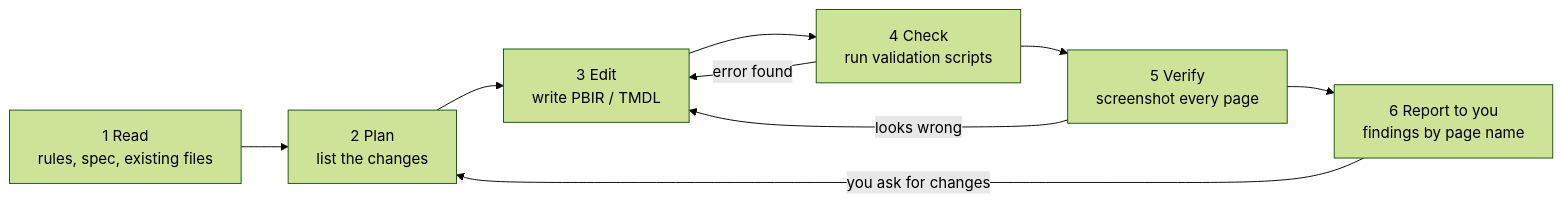
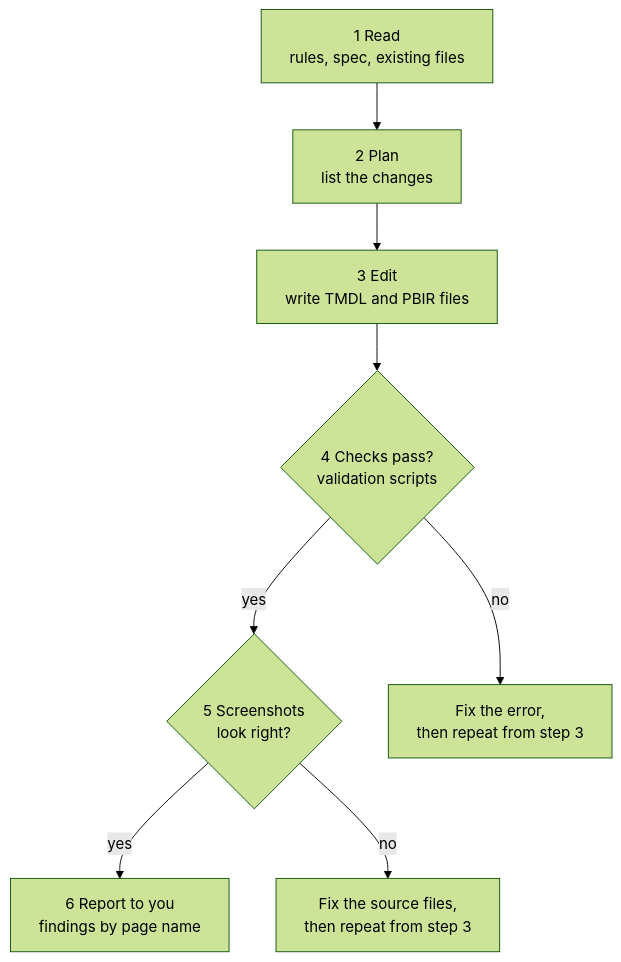
The diagram in guide/images/src/04-4-agent-loop.mmd (GibbonGambits/PGE-PBIP-Template), drawn with Mermaid (forest theme) before and after one commit. The commit also changed 32 other files, not shown here.

First line of the commit message:
docs(guide): redraw section 04-05 diagrams one-direction, split master map and swimlanes

```diff
--- a/guide/images/src/04-4-agent-loop.mmd
+++ b/guide/images/src/04-4-agent-loop.mmd
@@ -1,5 +1,14 @@
-flowchart LR
-  R["1 Read<br/>rules, spec, existing files"]:::ai --> P["2 Plan<br/>list the changes"]:::ai --> E["3 Edit<br/>write PBIR / TMDL"]:::ai --> C["4 Check<br/>run validation scripts"]:::ai --> V["5 Verify<br/>screenshot every page"]:::ai --> H["6 Report to you<br/>findings by page name"]:::you
-  C -- "error found" --> E
-  V -- "looks wrong" --> E
-  H -- "you ask for changes" --> P
+flowchart TB
+  R["1 Read<br/>rules, spec, existing files"]:::ai
+  P["2 Plan<br/>list the changes"]:::ai
+  E["3 Edit<br/>write TMDL and PBIR files"]:::ai
+  C{"4 Checks pass?<br/>validation scripts"}:::n
+  V{"5 Screenshots<br/>look right?"}:::n
+  H["6 Report to you<br/>findings by page name"]:::you
+  X1["Fix the error,<br/>then repeat from step 3"]:::bad
+  X2["Fix the source files,<br/>then repeat from step 3"]:::bad
+  R --> P --> E --> C
+  C -- "yes" --> V
+  C -- "no" --> X1
+  V -- "yes" --> H
+  V -- "no" --> X2
```
